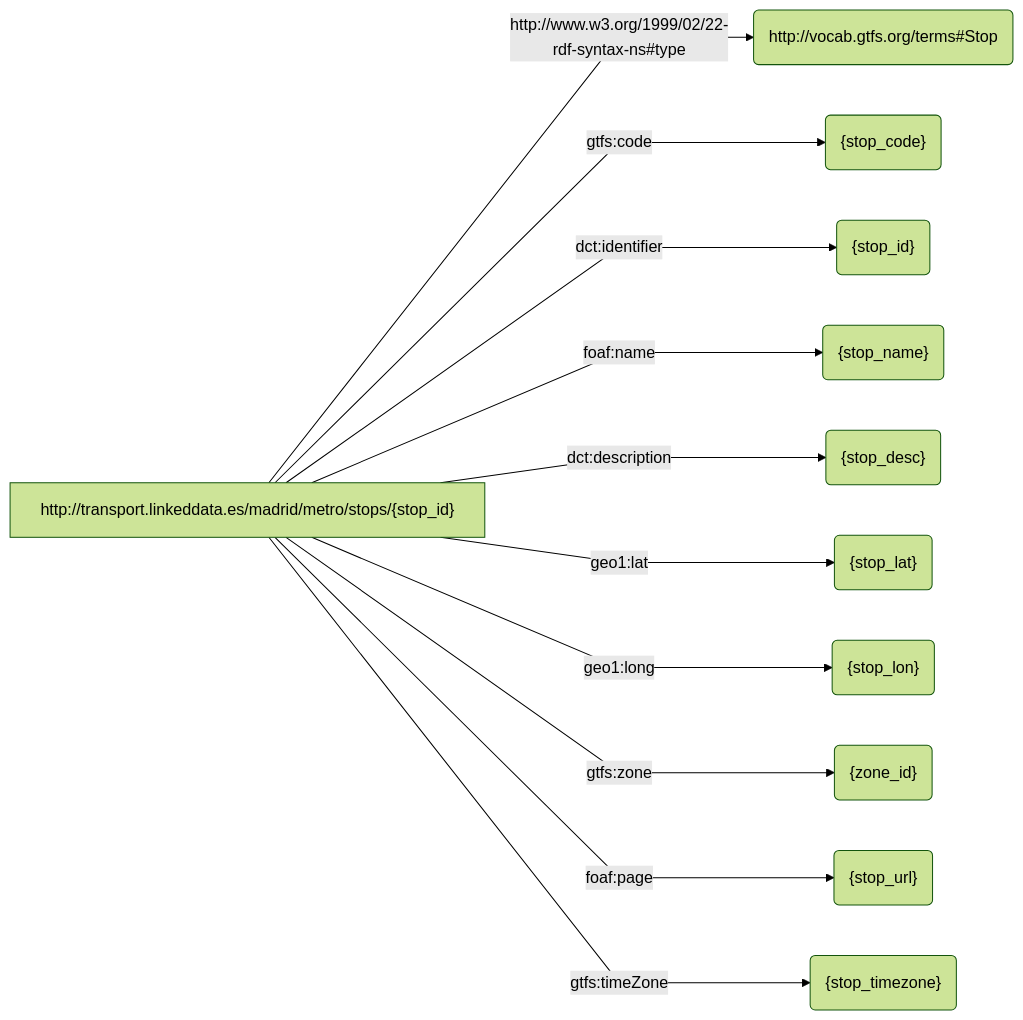
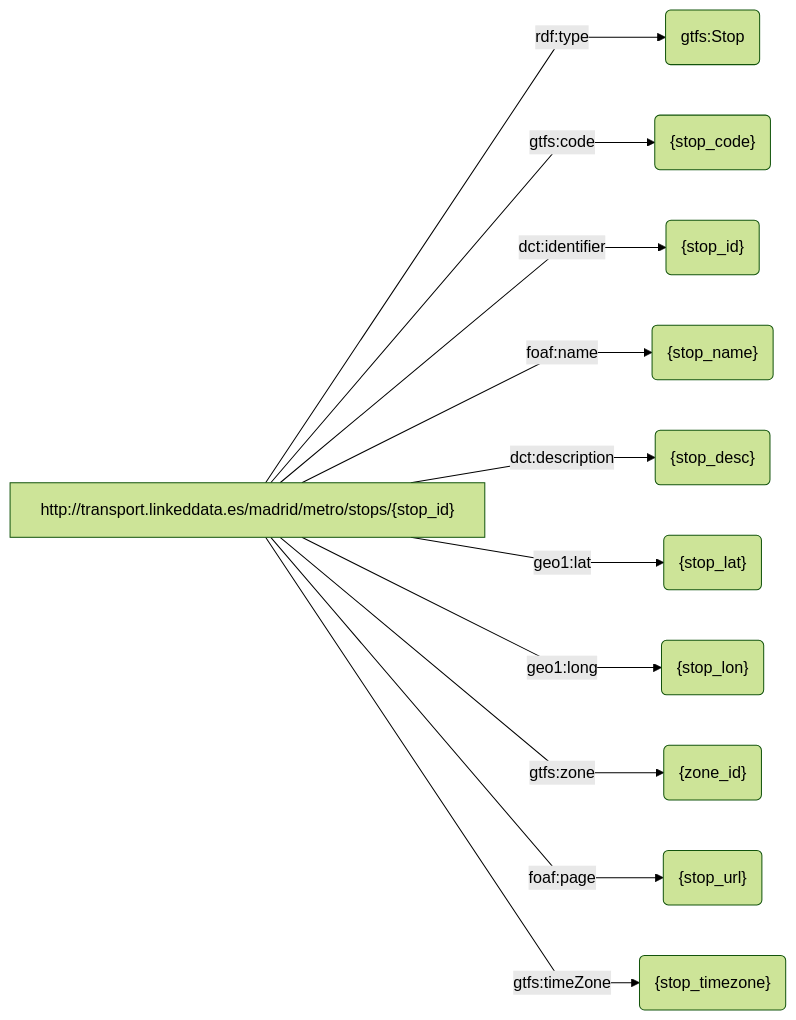
The third of 27 diagrams in src/RDFMappingDocumentation/out3.md (oeg-upm/rmldoc), drawn with Mermaid before and after one commit.

````diff
--- a/src/RDFMappingDocumentation/out3.md
+++ b/src/RDFMappingDocumentation/out3.md
@@ -116,15 +116,15 @@
 ```mermaid
 %%{ init : { "theme" : "forest", "flowchart" : { "curve" : "linear" }}}%%
 flowchart LR
-S["http://transport.linkeddata.es/madrid/metro/stops/{stop_id}"] -->|"http://www.w3.org/1999/02/22-rdf-syntax-ns#type"| object1("http://vocab.gtfs.org/terms#Stop")
+S["http://transport.linkeddata.es/madrid/metro/stops/{stop_id}"] -->|"rdf:type"| object1("gtfs:Stop")
 S["http://transport.linkeddata.es/madrid/metro/stops/{stop_id}"] -->|"gtfs:code"| object2("{stop_code}")
 S["http://transport.linkeddata.es/madrid/metro/stops/{stop_id}"] -->|"dct:identifier"| object3("{stop_id}")
 S["http://transport.linkeddata.es/madrid/metro/stops/{stop_id}"] -->|"foaf:name"| object4("{stop_name}")
 S["http://transport.linkeddata.es/madrid/metro/stops/{stop_id}"] -->|"dct:description"| object5("{stop_desc}")
 S["http://transport.linkeddata.es/madrid/metro/stops/{stop_id}"] -->|"geo1:lat"| object6("{stop_lat}")
 S["http://transport.linkeddata.es/madrid/metro/stops/{stop_id}"] -->|"geo1:long"| object7("{stop_lon}")
 S["http://transport.linkeddata.es/madrid/metro/stops/{stop_id}"] -->|"gtfs:zone"| object8("{zone_id}")
 S["http://transport.linkeddata.es/madrid/metro/stops/{stop_id}"] -->|"foaf:page"| object9("{stop_url}")
 S["http://transport.linkeddata.es/madrid/metro/stops/{stop_id}"] -->|"gtfs:timeZone"| object10("{stop_timezone}")
     
 ```
````
